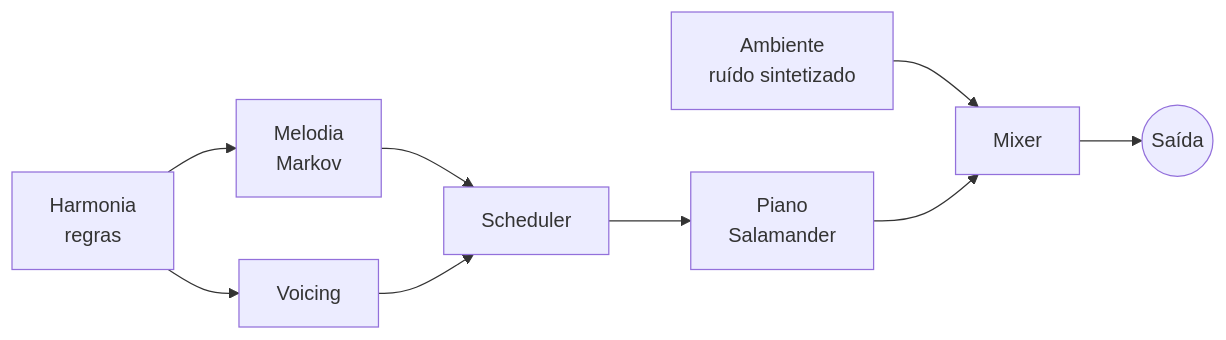
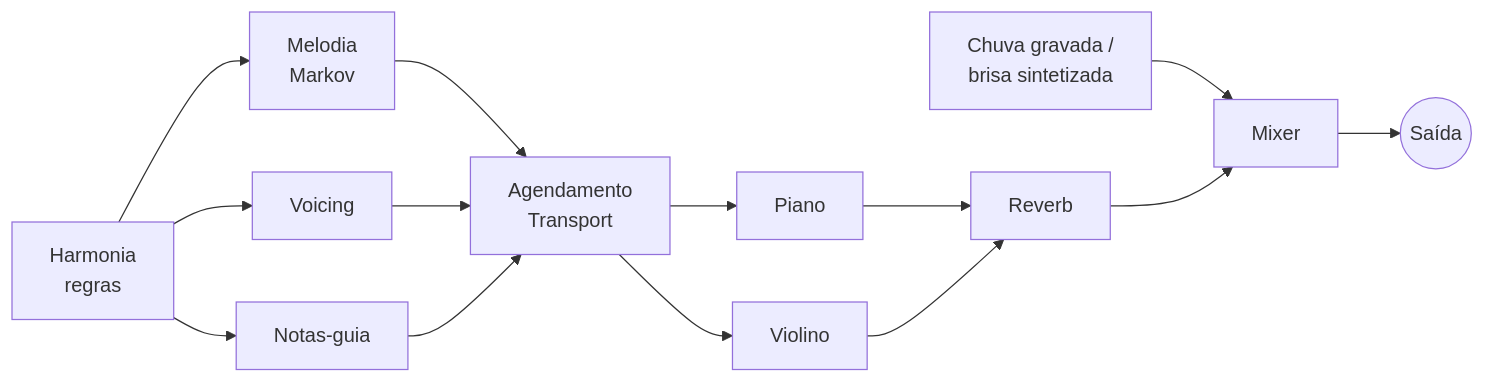
The diagram in README.md (LucasPequenoSterzeck/auto-rainjazz), drawn with Mermaid before and after one commit. The commit also changed other lines of this file and 51 other files, not shown here.

First line of the commit message:
Violino, chuva gravada, correções de áudio e preferências salvas

````diff
--- a/README.md
+++ b/README.md
@@ -42,11 +44,16 @@
 ```mermaid
 flowchart LR
     H[Harmonia<br/>regras] --> M[Melodia<br/>Markov]
     H --> V[Voicing]
-    M --> S[Scheduler]
+    H --> G[Notas-guia]
+    M --> S[Agendamento<br/>Transport]
     V --> S
-    S --> P[Piano<br/>Salamander]
-    A[Ambiente<br/>ruído sintetizado] --> X[Mixer]
-    P --> X
+    G --> S
+    S --> P[Piano]
+    S --> VL[Violino]
+    P --> R[Reverb]
+    VL --> R
+    A[Chuva gravada /<br/>brisa sintetizada] --> X[Mixer]
+    R --> X
     X --> O((Saída))
 ```
````
